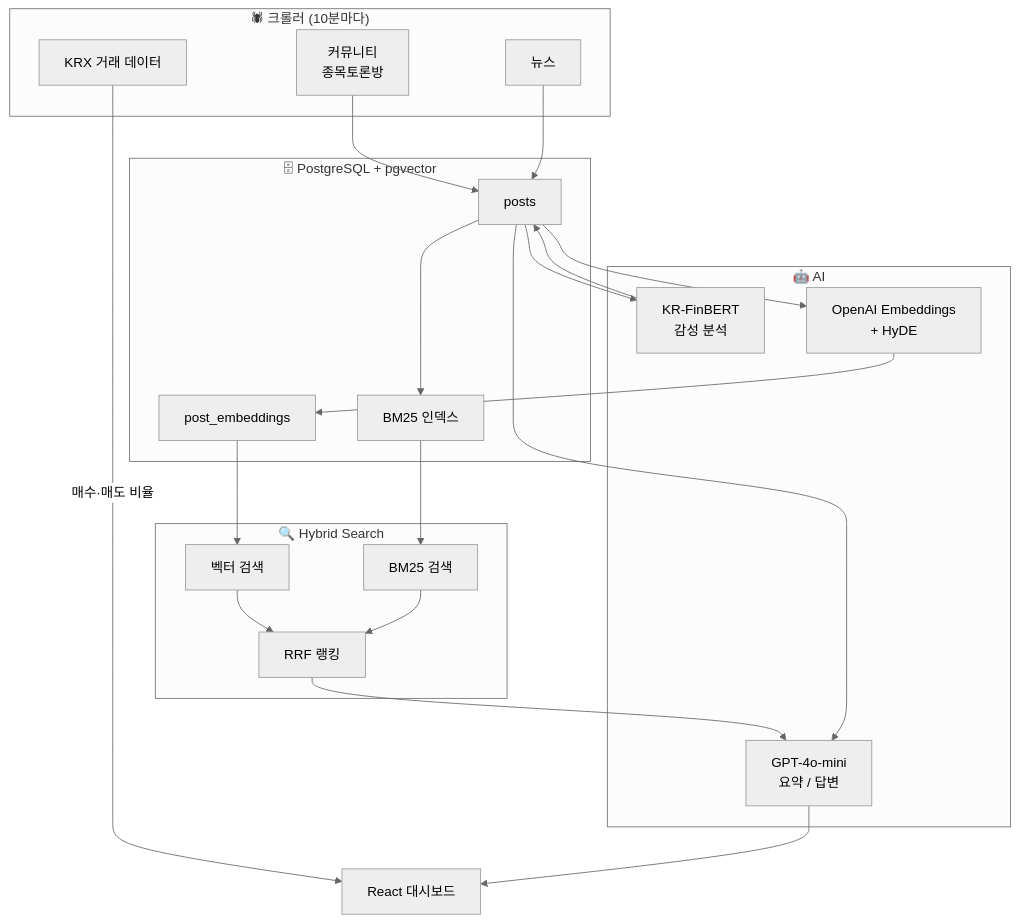
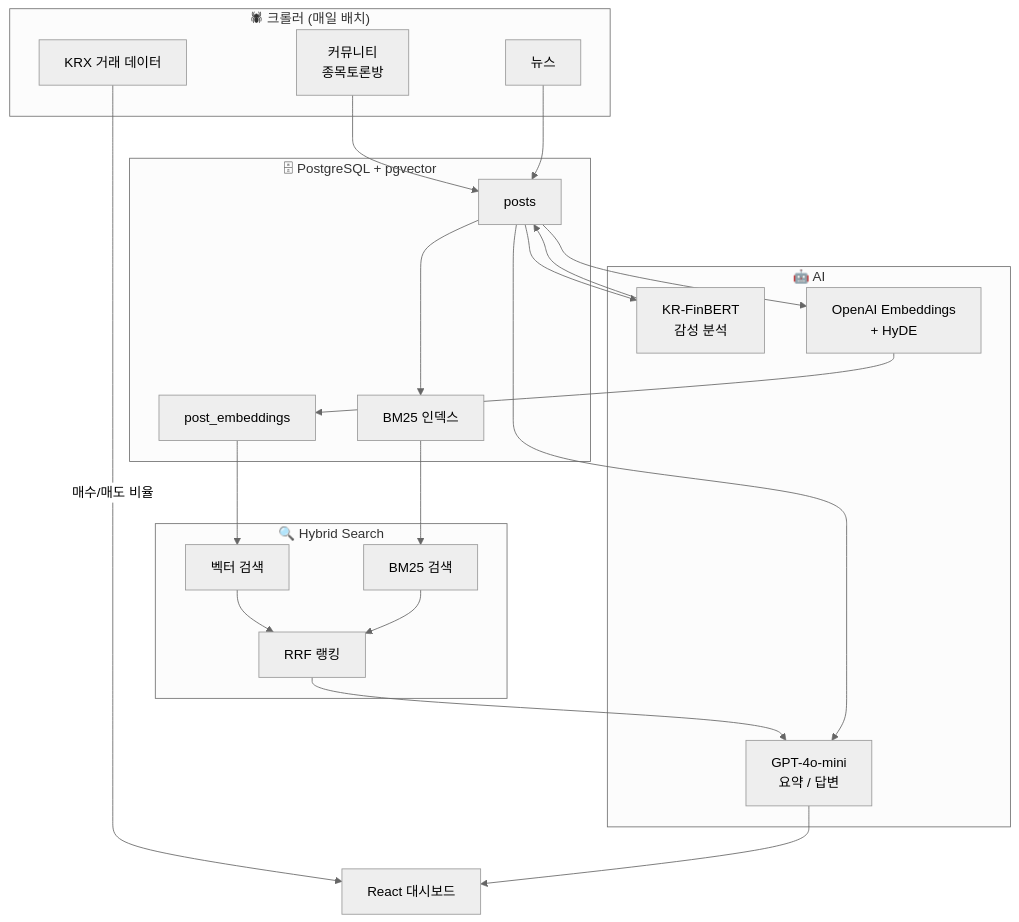
The diagram in README.md (d0-neii/hearsay), drawn with Mermaid (neutral theme) before and after one commit. The commit also changed other lines of this file, not shown here.

````diff
--- a/README.md
+++ b/README.md
@@ -64,39 +64,39 @@
 ```mermaid
 flowchart TD
-    subgraph Crawler["🕷 크롤러 (10분마다)"]
+    subgraph Crawler["🕷 크롤러 (매일 배치)"]
         C1[커뮤니티\n종목토론방]
         C2[뉴스]
         C3[KRX 거래 데이터]
     end
 
     subgraph DB["🗄 PostgreSQL + pgvector"]
         D1[posts]
         D2[post_embeddings]
         D3[BM25 인덱스]
     end
 
     subgraph AI["🤖 AI"]
         A1[KR-FinBERT\n감성 분석]
         A2[OpenAI Embeddings\n+ HyDE]
         A3[GPT-4o-mini\n요약 / 답변]
     end
 
     C1 & C2 --> D1
-    C3 --> |매수·매도 비율| FE
+    C3 --> |매수/매도 비율| FE
     D1 --> A1 --> D1
     D1 --> A2 --> D2
     D1 --> D3
 
     subgraph Search["🔍 Hybrid Search"]
         S1[벡터 검색]
         S2[BM25 검색]
         S3[RRF 랭킹]
     end
 
     D2 --> S1 --> S3
     D3 --> S2 --> S3
     S3 --> A3
 
     D1 --> A3
     A3 --> FE[React 대시보드]
 ```
````
